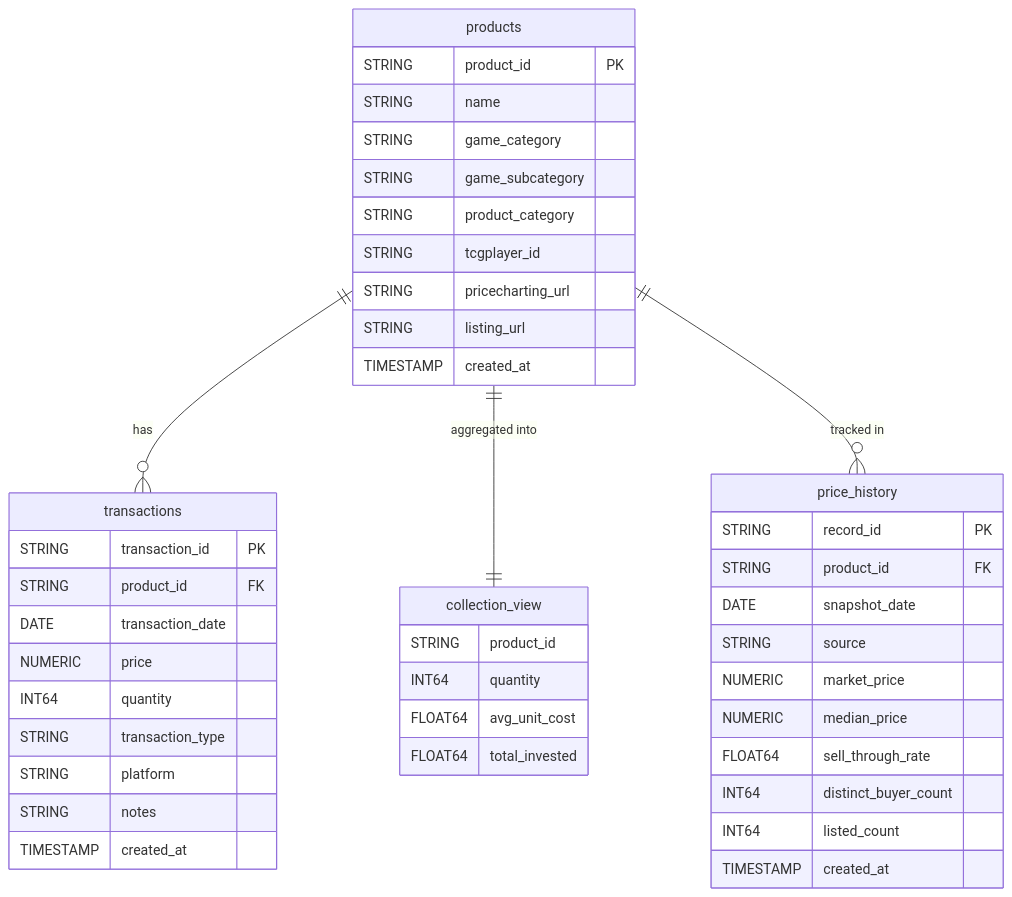
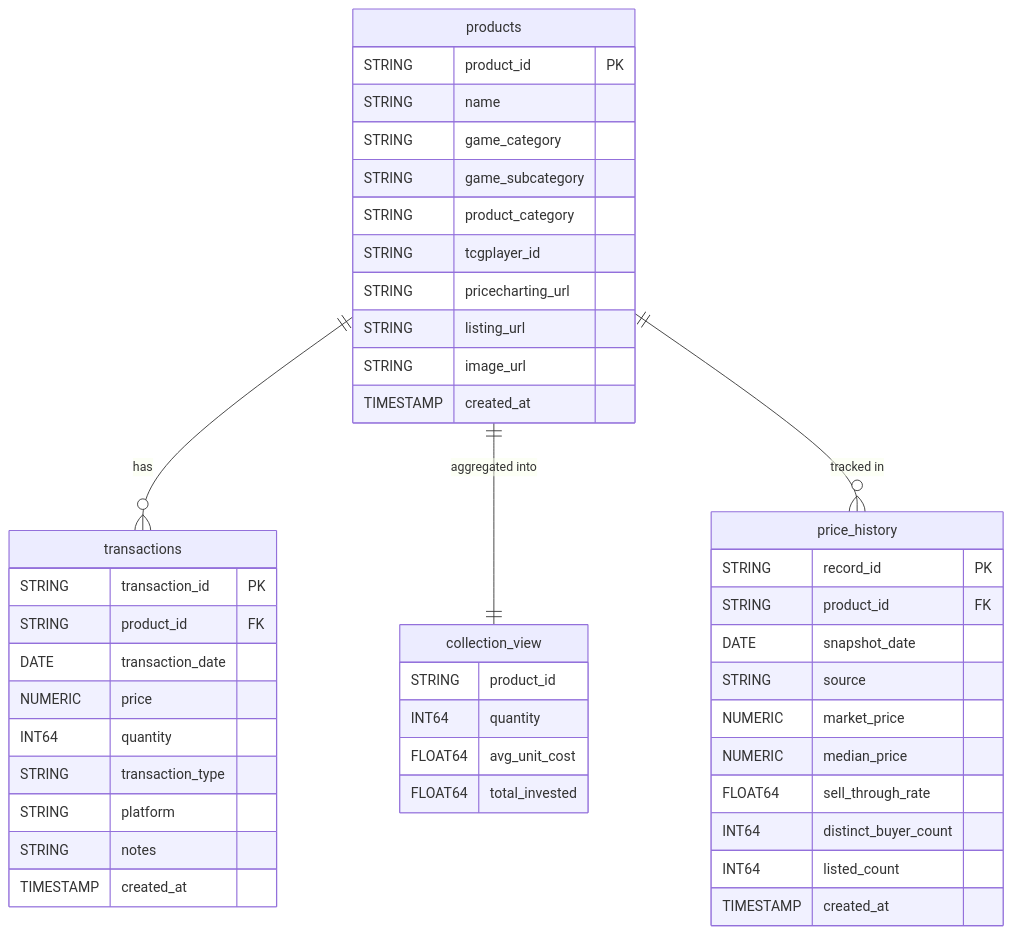
Before and after one commit to FutureGadgetCollections/collection-showcase-backend: the second of 4 diagrams in README.md, drawn with Mermaid. The commit also changed other lines of this file and 1 other file, not shown here.

````diff
--- a/README.md
+++ b/README.md
@@ -53,50 +53,51 @@
 ```mermaid
 erDiagram
     products {
         STRING product_id PK
         STRING name
         STRING game_category
         STRING game_subcategory
         STRING product_category
         STRING tcgplayer_id
         STRING pricecharting_url
         STRING listing_url
+        STRING image_url
         TIMESTAMP created_at
     }
 
     transactions {
         STRING transaction_id PK
         STRING product_id FK
         DATE transaction_date
         NUMERIC price
         INT64 quantity
         STRING transaction_type
         STRING platform
         STRING notes
         TIMESTAMP created_at
     }
 
     collection_view {
         STRING product_id
         INT64 quantity
         FLOAT64 avg_unit_cost
         FLOAT64 total_invested
     }
 
     price_history {
         STRING record_id PK
         STRING product_id FK
         DATE snapshot_date
         STRING source
         NUMERIC market_price
         NUMERIC median_price
         FLOAT64 sell_through_rate
         INT64 distinct_buyer_count
         INT64 listed_count
         TIMESTAMP created_at
     }
 
     products ||--o{ transactions : "has"
     products ||--|| collection_view : "aggregated into"
     products ||--o{ price_history : "tracked in"
 ```
````
